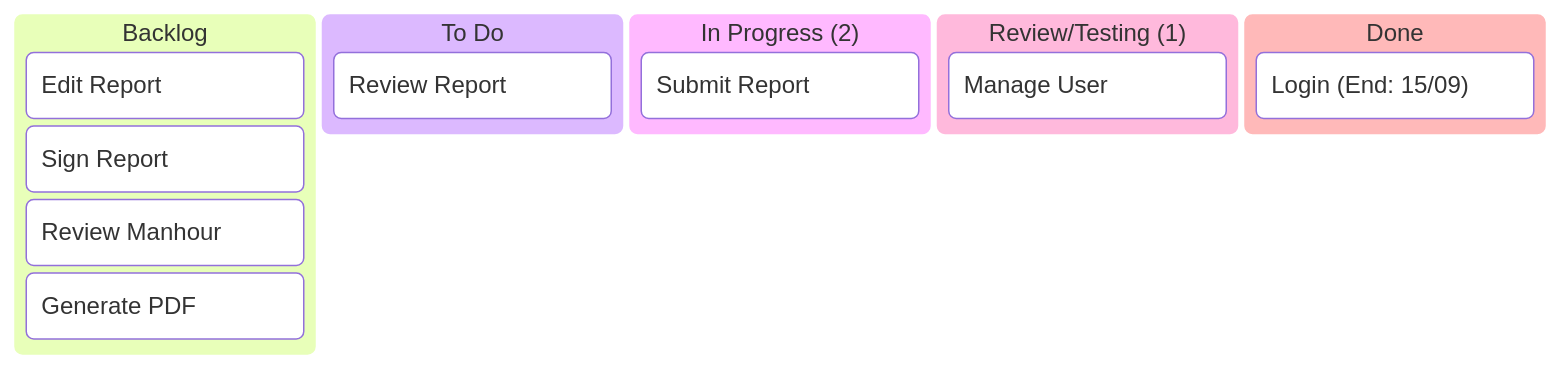
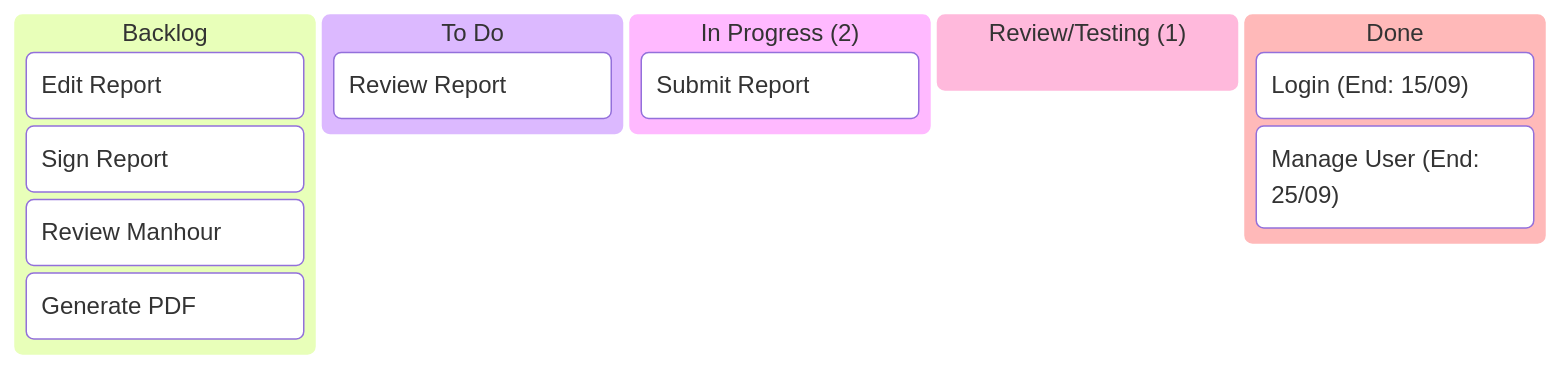
The diagram in Kanban/02-Kanban.md (billdansr/kanban-boc-om), drawn with Mermaid before and after one commit.

Commit message:
vault backup: 2025-09-25 10:43:03
Manage User Done in 25/09

````diff
--- a/Kanban/02-Kanban.md
+++ b/Kanban/02-Kanban.md
@@ -3,20 +3,20 @@
 ```mermaid
 kanban
   backlog[Backlog]
     b4[Edit Report]
     b5[Sign Report]
     b6[Review Manhour]
     b7[Generate PDF]
 
   todo[To Do]
     t3[Review Report]
 
   inprogress["In Progress (2)"]
     i2[Submit Report]
 
   review["Review/Testing (1)"]
-    r8["Manage User"]
 
   done[Done]
     d1["Login (End: 15/09)"]
+    d8["Manage User (End: 25/09)"]
 ```
````
